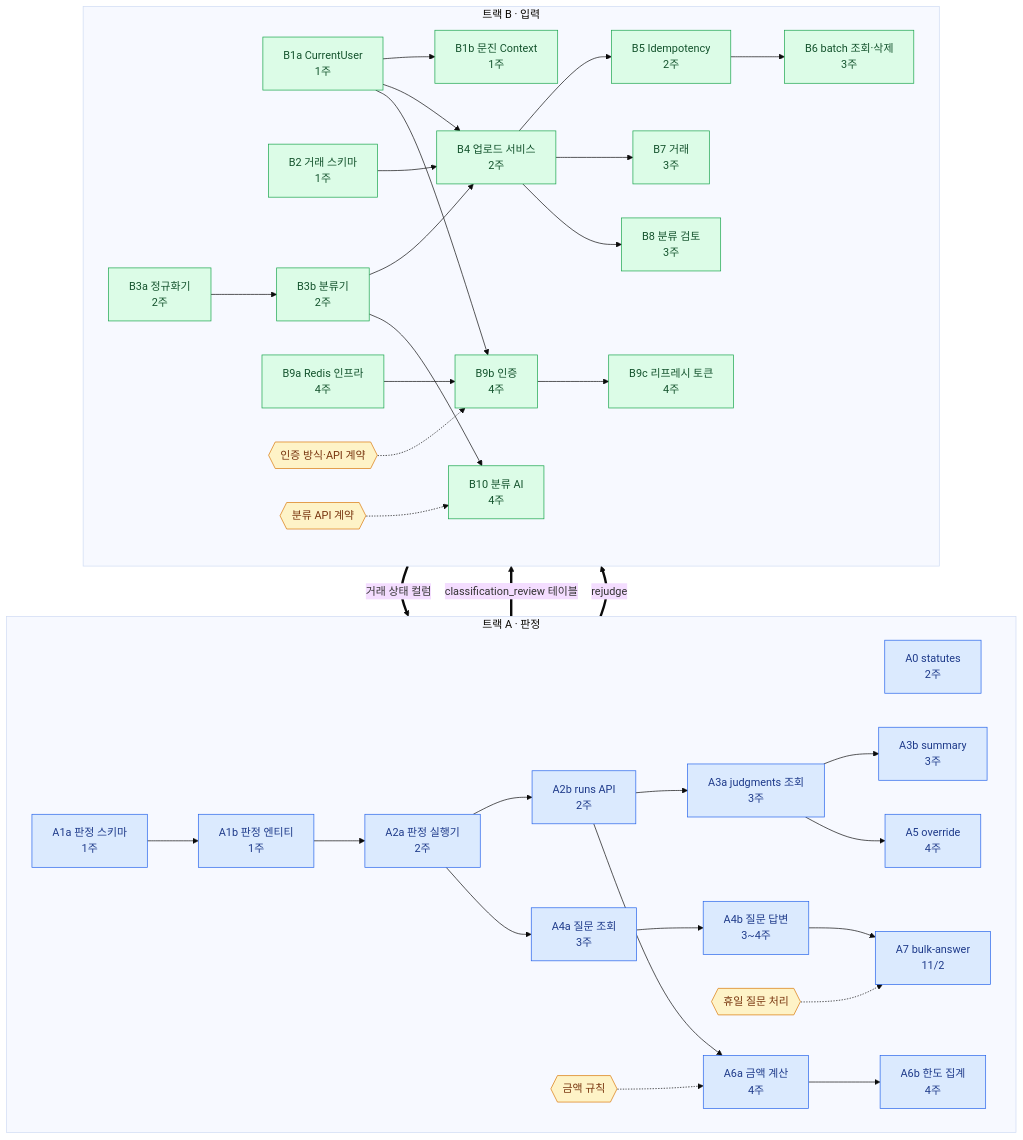
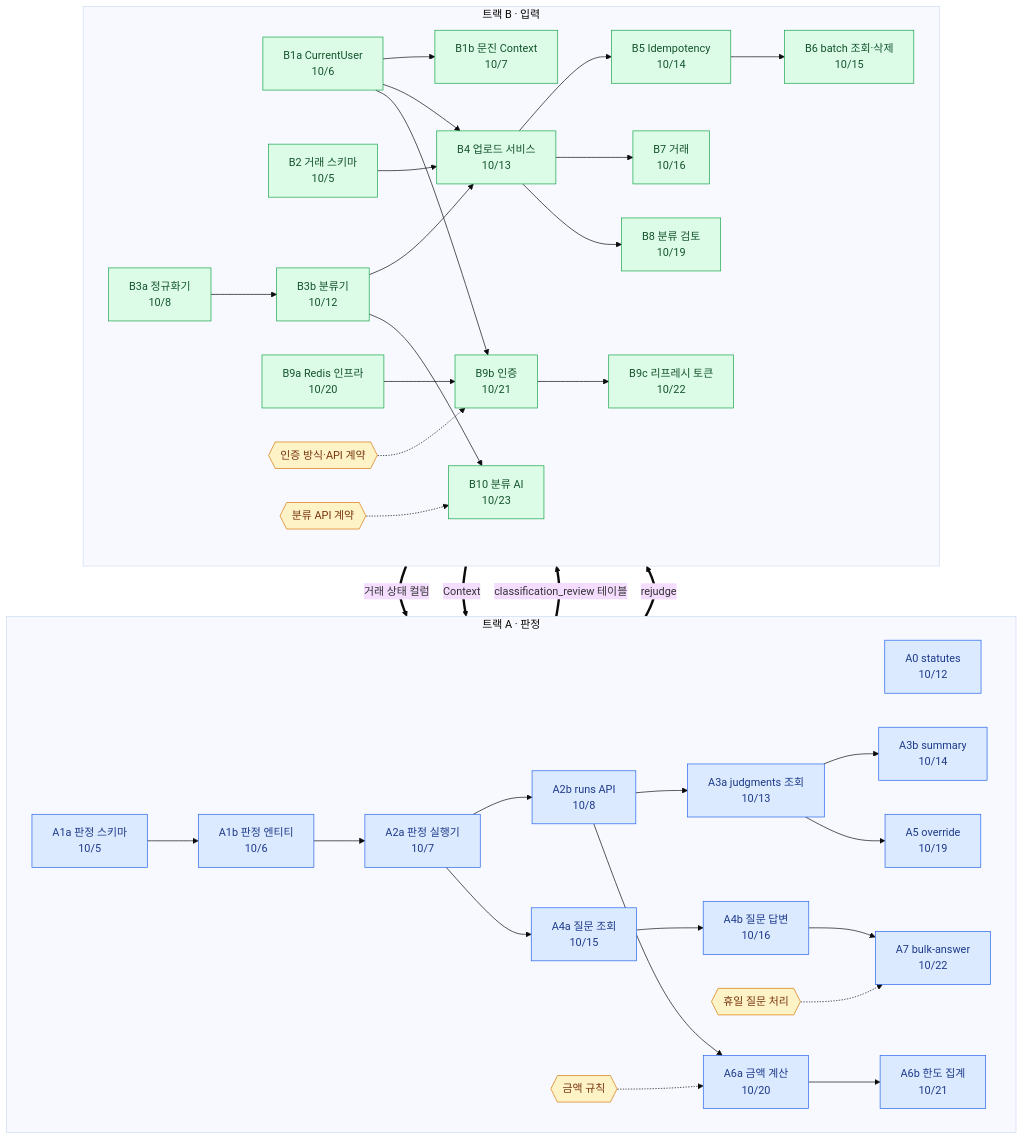
One commit to RainDrop3/ktc4-pusan-4 changed the second of 4 diagrams in docs/backend_api_plan.md. Above: the diagram before and after it, drawn with Mermaid (base theme). The commit also changed other lines of this file, not shown here.

````diff
--- a/docs/backend_api_plan.md
+++ b/docs/backend_api_plan.md
@@ -77,50 +80,51 @@
 ```mermaid
 flowchart TB
     subgraph TA["트랙 A · 판정"]
         direction LR
-        A0["A0 statutes<br/>2주"]
-        A1a["A1a 판정 스키마<br/>1주"] --> A1b["A1b 판정 엔티티<br/>1주"]
-        A1b --> A2a["A2a 판정 실행기<br/>2주"]
-        A2a --> A2b["A2b runs API<br/>2주"]
-        A2b --> A3a["A3a judgments 조회<br/>3주"]
-        A3a --> A3b["A3b summary<br/>3주"]
-        A3a --> A5["A5 override<br/>4주"]
-        A2a --> A4a["A4a 질문 조회<br/>3주"]
-        A4a --> A4b["A4b 질문 답변<br/>3~4주"]
-        A4b --> A7["A7 bulk-answer<br/>11/2"]
-        A2b --> A6a["A6a 금액 계산<br/>4주"]
-        A6a --> A6b["A6b 한도 집계<br/>4주"]
+        A0["A0 statutes<br/>10/12"]
+        A1a["A1a 판정 스키마<br/>10/5"] --> A1b["A1b 판정 엔티티<br/>10/6"]
+        A1b --> A2a["A2a 판정 실행기<br/>10/7"]
+        A2a --> A2b["A2b runs API<br/>10/8"]
+        A2b --> A3a["A3a judgments 조회<br/>10/13"]
+        A3a --> A3b["A3b summary<br/>10/14"]
+        A3a --> A5["A5 override<br/>10/19"]
+        A2a --> A4a["A4a 질문 조회<br/>10/15"]
+        A4a --> A4b["A4b 질문 답변<br/>10/16"]
+        A4b --> A7["A7 bulk-answer<br/>10/22"]
+        A2b --> A6a["A6a 금액 계산<br/>10/20"]
+        A6a --> A6b["A6b 한도 집계<br/>10/21"]
         D2{{"금액 규칙"}} -.-> A6a
         D4{{"휴일 질문 처리"}} -.-> A7
     end
 
     subgraph TB["트랙 B · 입력"]
         direction LR
-        B1a["B1a CurrentUser<br/>1주"] --> B1b["B1b 문진 Context<br/>1주"]
-        B2["B2 거래 스키마<br/>1주"] --> B4["B4 업로드 서비스<br/>2주"]
+        B1a["B1a CurrentUser<br/>10/6"] --> B1b["B1b 문진 Context<br/>10/7"]
+        B2["B2 거래 스키마<br/>10/5"] --> B4["B4 업로드 서비스<br/>10/13"]
         B1a --> B4
-        B3a["B3a 정규화기<br/>2주"] --> B3b["B3b 분류기<br/>2주"]
+        B3a["B3a 정규화기<br/>10/8"] --> B3b["B3b 분류기<br/>10/12"]
         B3b --> B4
-        B4 --> B5["B5 Idempotency<br/>2주"]
-        B5 --> B6["B6 batch 조회·삭제<br/>3주"]
-        B4 --> B7["B7 거래<br/>3주"]
-        B4 --> B8["B8 분류 검토<br/>3주"]
-        B9a["B9a Redis 인프라<br/>4주"] --> B9b["B9b 인증<br/>4주"]
+        B4 --> B5["B5 Idempotency<br/>10/14"]
+        B5 --> B6["B6 batch 조회·삭제<br/>10/15"]
+        B4 --> B7["B7 거래<br/>10/16"]
+        B4 --> B8["B8 분류 검토<br/>10/19"]
+        B9a["B9a Redis 인프라<br/>10/20"] --> B9b["B9b 인증<br/>10/21"]
         B1a --> B9b
-        B9b --> B9c["B9c 리프레시 토큰<br/>4주"]
-        B3b --> B10["B10 분류 AI<br/>4주"]
+        B9b --> B9c["B9c 리프레시 토큰<br/>10/22"]
+        B3b --> B10["B10 분류 AI<br/>10/23"]
         D1{{"인증 방식·API 계약"}} -.-> B9b
         D3{{"분류 API 계약"}} -.-> B10
     end
 
     A1a ==>|classification_review 테이블| B4
     B2 ==>|거래 상태 컬럼| A2a
+    B1b ==>|Context| A2b
     A2a ==>|rejudge| B8
 
     classDef trackA fill:#dbeafe,stroke:#2563eb,color:#1e3a8a
     classDef trackB fill:#dcfce7,stroke:#16a34a,color:#14532d
     classDef decision fill:#fef3c7,stroke:#d97706,color:#78350f
     class A0,A1a,A1b,A2a,A2b,A3a,A3b,A4a,A4b,A5,A6a,A6b,A7 trackA
     class B1a,B1b,B2,B3a,B3b,B4,B5,B6,B7,B8,B9a,B9b,B9c,B10 trackB
     class D1,D2,D3,D4 decision
 ```
````
